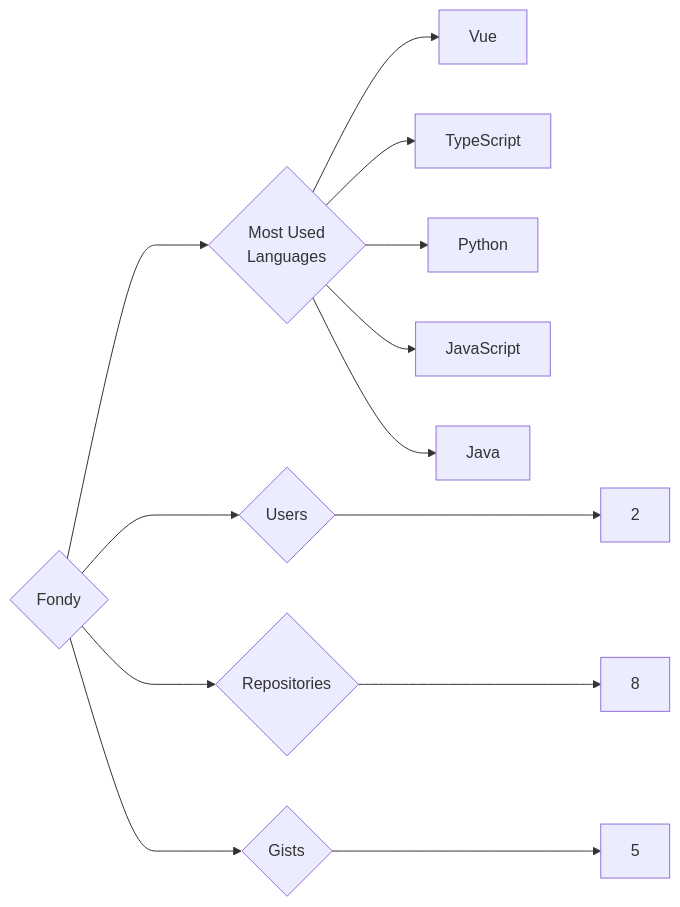
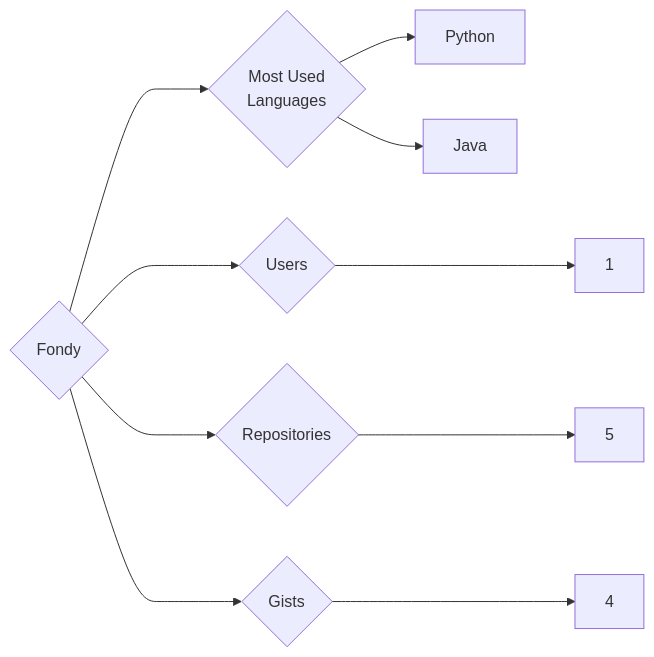
Before and after one commit to trickest/insiders: the diagram in targets/Fondy/README.md, drawn with Mermaid. The commit also changed 757 other files, not shown here.

````diff
--- a/targets/Fondy/README.md
+++ b/targets/Fondy/README.md
@@ -3,13 +3,10 @@
 ```mermaid
 graph LR
 COMPANY_NAME{Fondy}
-COMPANY_NAME ---> U{Users} ---> UN[2]
-COMPANY_NAME ---> R{Repositories} ---> RN[8]
-COMPANY_NAME ---> G{Gists} ---> GN[5]
+COMPANY_NAME ---> U{Users} ---> UN[1]
+COMPANY_NAME ---> R{Repositories} ---> RN[5]
+COMPANY_NAME ---> G{Gists} ---> GN[4]
 COMPANY_NAME ---> ML{Most Used<br>Languages}
-ML --> Vue[Vue]
-ML --> TypeScript[TypeScript]
 ML --> Python[Python]
-ML --> JavaScript[JavaScript]
 ML --> Java[Java]
 ```
````
